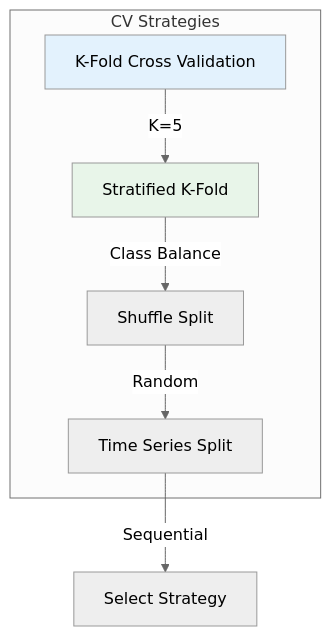
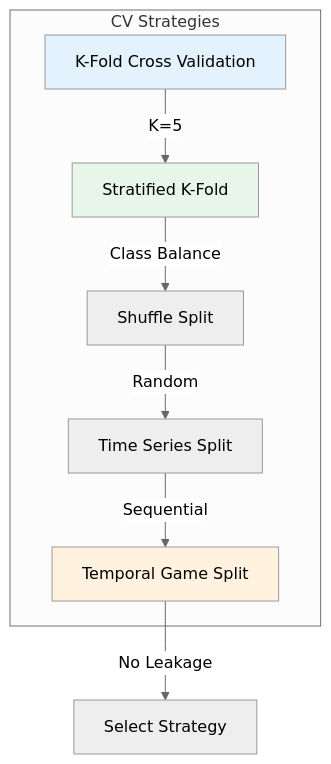
The second of 11 diagrams in plan/05-Model/04-Evaluation/02-cross-validation.md (Evintkoo/2048-ml), drawn with Mermaid (neutral theme) before and after one commit. The commit also changed other lines of this file and 14 other files, not shown here.

````diff
--- a/plan/05-Model/04-Evaluation/02-cross-validation.md
+++ b/plan/05-Model/04-Evaluation/02-cross-validation.md
@@ -54,17 +54,20 @@
 ```mermaid
 flowchart TB
     subgraph "CV Strategies"
         KFold[K-Fold Cross Validation]
         Stratified[Stratified K-Fold]
         Shuffle[Shuffle Split]
         Time[Time Series Split]
+        Temporal[Temporal Game Split]
     end
     
     KFold --> |K=5| Stratified
     Stratified --> |Class Balance| Shuffle
     Shuffle --> |Random| Time
-    Time --> |Sequential| Select[Select Strategy]
+    Time --> |Sequential| Temporal
+    Temporal --> |No Leakage| Select[Select Strategy]
     
     style KFold fill:#e3f2fd
     style Stratified fill:#e8f5e9
+    style Temporal fill:#fff3e0
 ```
````
